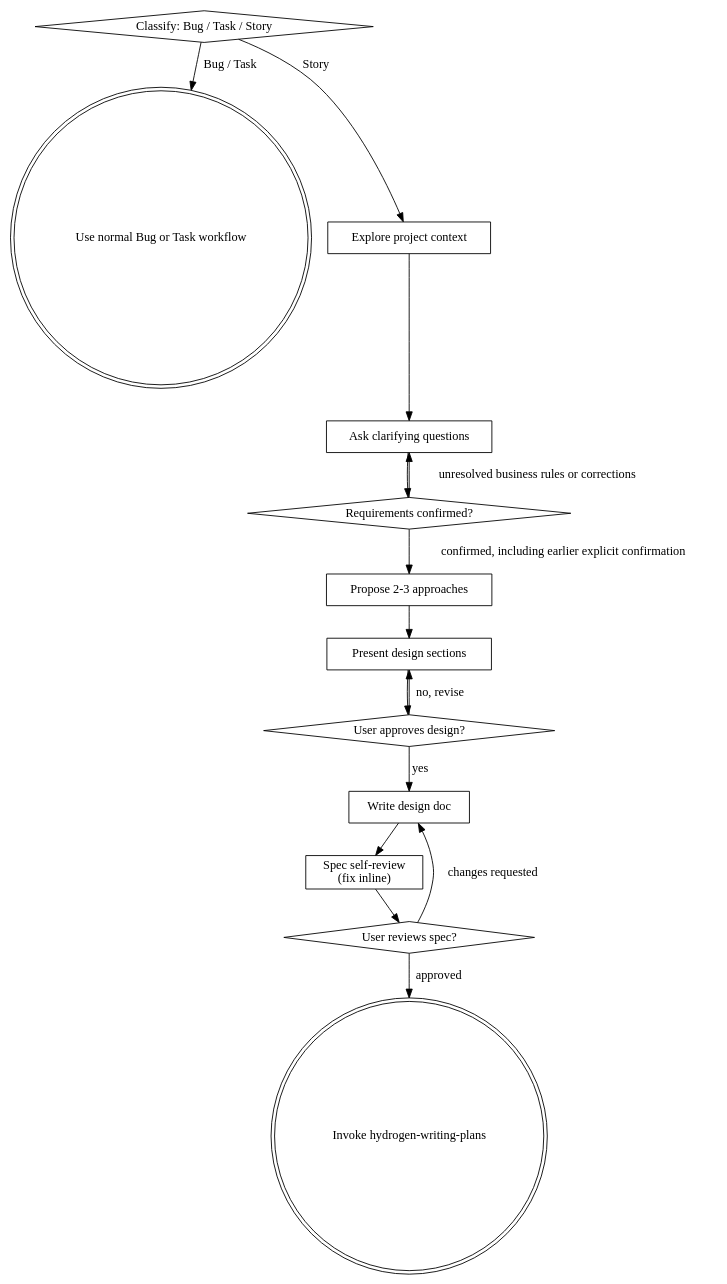
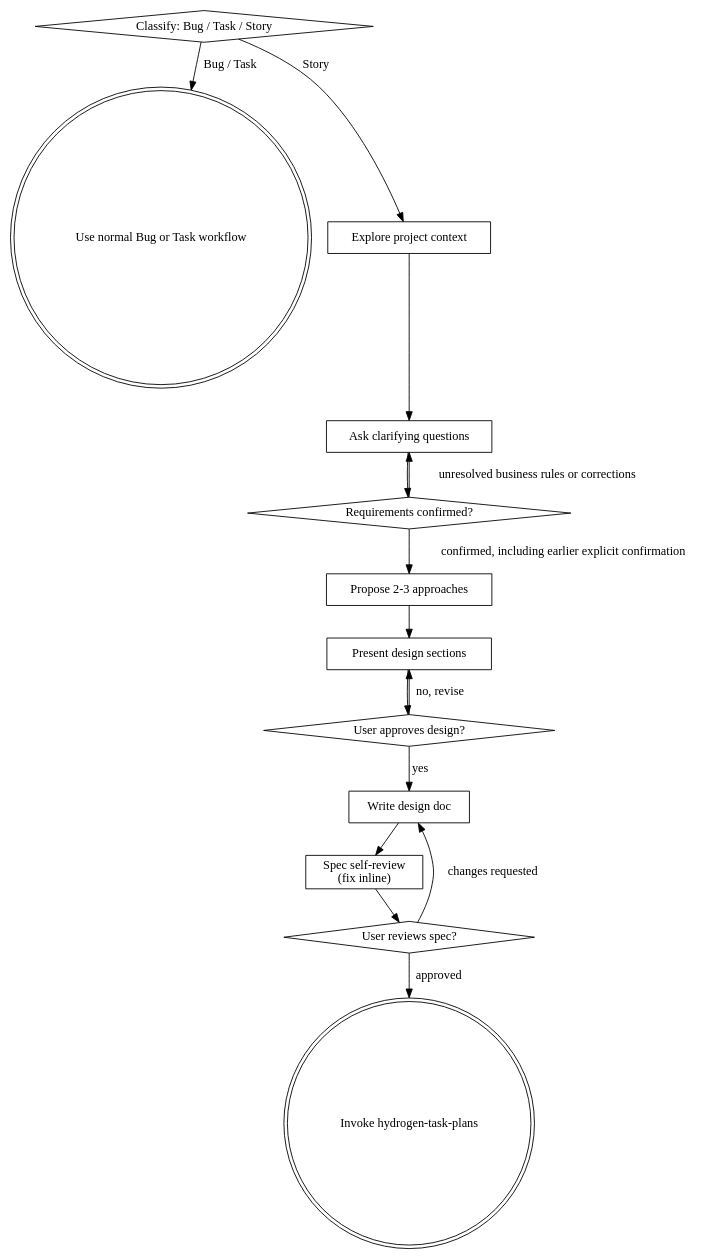
Before and after one commit to cruise-young/hydrogen-developer: the diagram in references/hydrogen-brainstorming/SKILL.md, drawn with Graphviz. The commit also changed other lines of this file and 9 other files, not shown here.

````diff
--- a/references/hydrogen-brainstorming/SKILL.md
+++ b/references/hydrogen-brainstorming/SKILL.md
@@ -151,31 +151,31 @@
 ```dot
 digraph brainstorming {
     "Classify: Bug / Task / Story" [shape=diamond];
     "Use normal Bug or Task workflow" [shape=doublecircle];
     "Explore project context" [shape=box];
     "Ask clarifying questions" [shape=box];
     "Requirements confirmed?" [shape=diamond];
     "Propose 2-3 approaches" [shape=box];
     "Present design sections" [shape=box];
     "User approves design?" [shape=diamond];
     "Write design doc" [shape=box];
     "Spec self-review\n(fix inline)" [shape=box];
     "User reviews spec?" [shape=diamond];
-    "Invoke hydrogen-writing-plans" [shape=doublecircle];
+    "Invoke hydrogen-task-plans" [shape=doublecircle];
 
     "Classify: Bug / Task / Story" -> "Use normal Bug or Task workflow" [label="Bug / Task"];
     "Classify: Bug / Task / Story" -> "Explore project context" [label="Story"];
     "Explore project context" -> "Ask clarifying questions";
     "Ask clarifying questions" -> "Requirements confirmed?";
     "Requirements confirmed?" -> "Ask clarifying questions" [label="unresolved business rules or corrections"];
     "Requirements confirmed?" -> "Propose 2-3 approaches" [label="confirmed, including earlier explicit confirmation"];
     "Propose 2-3 approaches" -> "Present design sections";
     "Present design sections" -> "User approves design?";
     "User approves design?" -> "Present design sections" [label="no, revise"];
     "User approves design?" -> "Write design doc" [label="yes"];
     "Write design doc" -> "Spec self-review\n(fix inline)";
     "Spec self-review\n(fix inline)" -> "User reviews spec?";
     "User reviews spec?" -> "Write design doc" [label="changes requested"];
-    "User reviews spec?" -> "Invoke hydrogen-writing-plans" [label="approved"];
+    "User reviews spec?" -> "Invoke hydrogen-task-plans" [label="approved"];
 }
 ```
````
